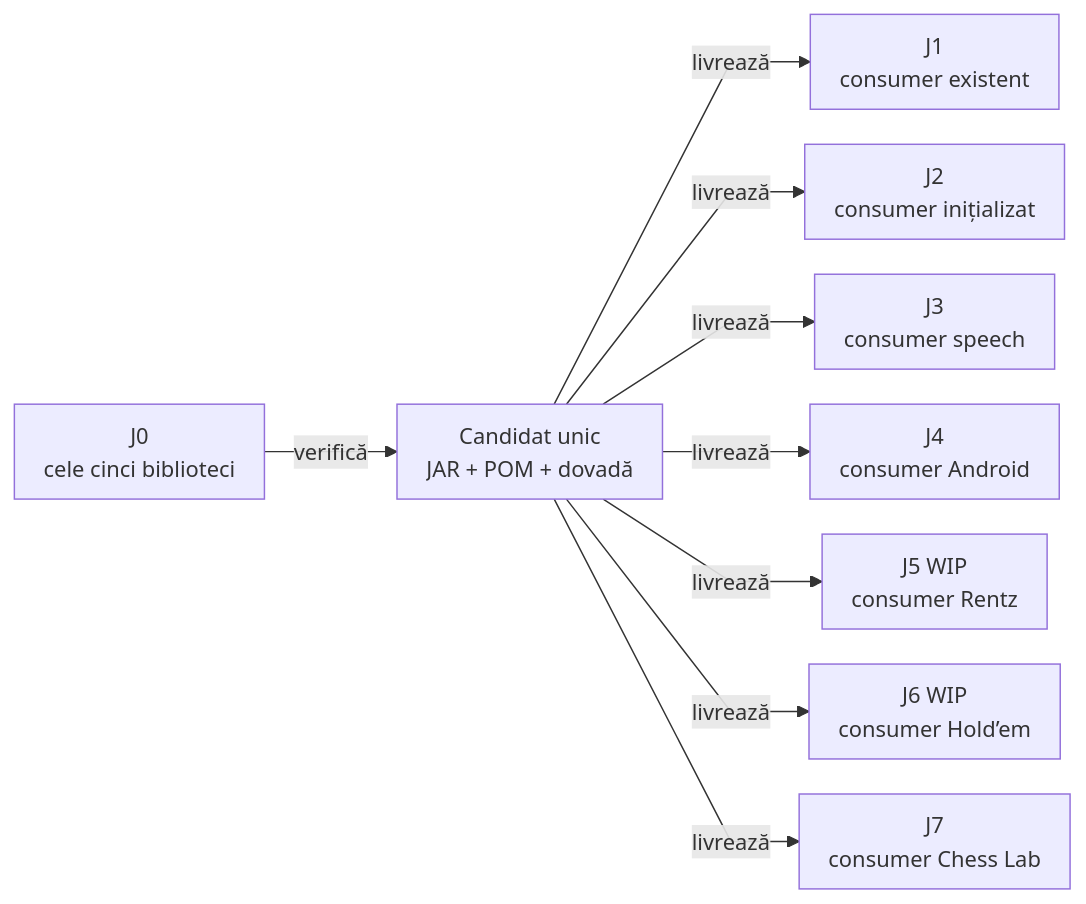
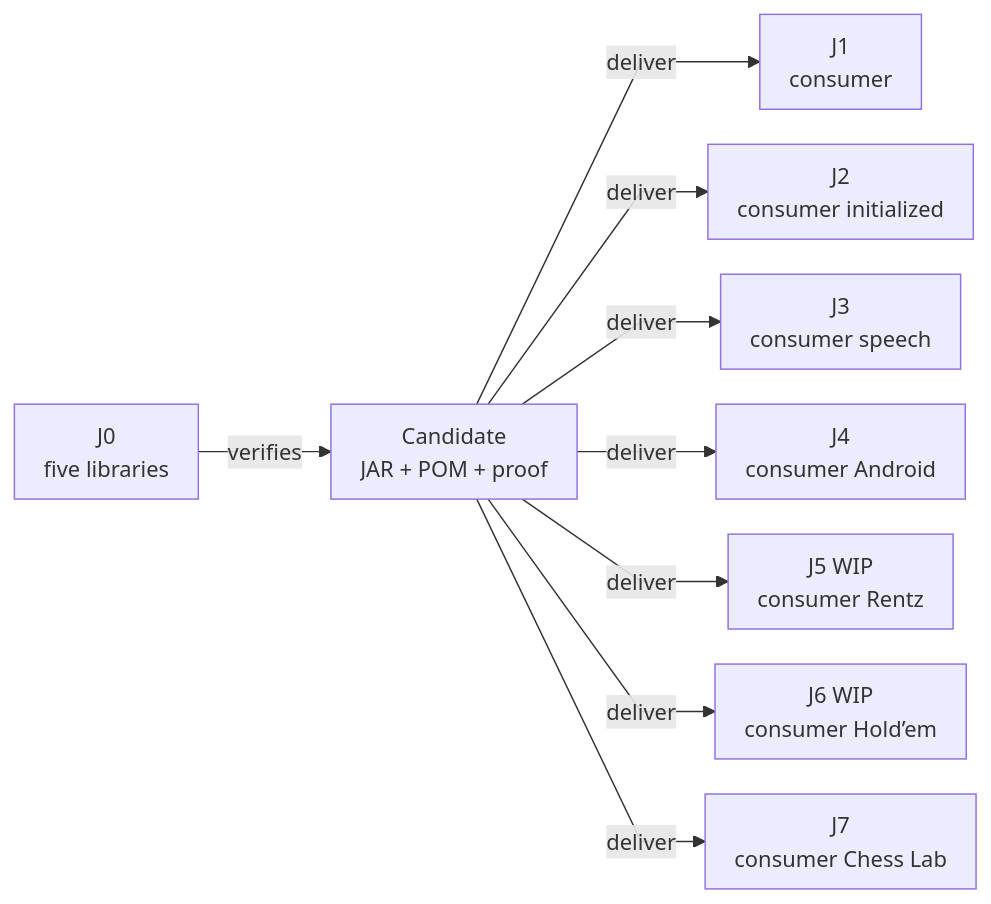
The first of 3 diagrams in docs/ATF_Workspace_Synchronization.md (crististefanita/atf_j0), drawn with Mermaid before and after one commit. The commit also changed other lines of this file and 113 other files, not shown here.

````diff
--- a/docs/ATF_Workspace_Synchronization.md
+++ b/docs/ATF_Workspace_Synchronization.md
@@ -28,12 +32,12 @@
 ```mermaid
 %%{init: {"themeVariables":{"fontSize":"15px"},"themeCSS":".nodeLabel, .nodeLabel p { font-size: 15px !important; line-height: 1.35 !important; } .edgeLabel, .edgeLabel p { font-size: 12px !important; font-weight: 400 !important; line-height: 1.2 !important; } .edgeLabel .labelBkg, .edgeLabel p { background: transparent !important; } .edgeLabel foreignObject { transform: translateY(-18px); overflow: visible; } .node rect { rx: 6px; ry: 6px; }","flowchart":{"curve":"linear","nodeSpacing":24,"rankSpacing":40,"padding":10,"diagramPadding":16}}}%%
 flowchart LR
-    Source["J0<br/>cele cinci biblioteci"] -->|verifică| Candidate["Candidat unic<br/>JAR + POM + dovadă"]
-    Candidate -->|livrează| J1["J1<br/>consumer existent"]
-    Candidate -->|livrează| J2["J2<br/>consumer inițializat"]
-    Candidate -->|livrează| J3["J3<br/>consumer speech"]
-    Candidate -->|livrează| J4["J4<br/>consumer Android"]
-    Candidate -->|livrează| J5["J5 WIP<br/>consumer Rentz"]
-    Candidate -->|livrează| J6["J6 WIP<br/>consumer Hold’em"]
-    Candidate -->|livrează| J7["J7<br/>consumer Chess Lab"]
+    Source["J0<br/>five libraries"] -->|verifies| Candidate["Candidate<br/>JAR + POM + proof"]
+    Candidate -->|deliver| J1["J1 <br/>consumer"]
+    Candidate -->|deliver| J2["J2 <br/>consumer initialized"]
+    Candidate -->|deliver| J3["J3<br/>consumer speech"]
+    Candidate -->|deliver| J4["J4<br/>consumer Android"]
+    Candidate -->|deliver| J5["J5 WIP<br/>consumer Rentz"]
+    Candidate -->|deliver| J6["J6 WIP<br/>consumer Hold’em"]
+    Candidate -->|deliver| J7["J7<br/>consumer Chess Lab"]
 ```
````
